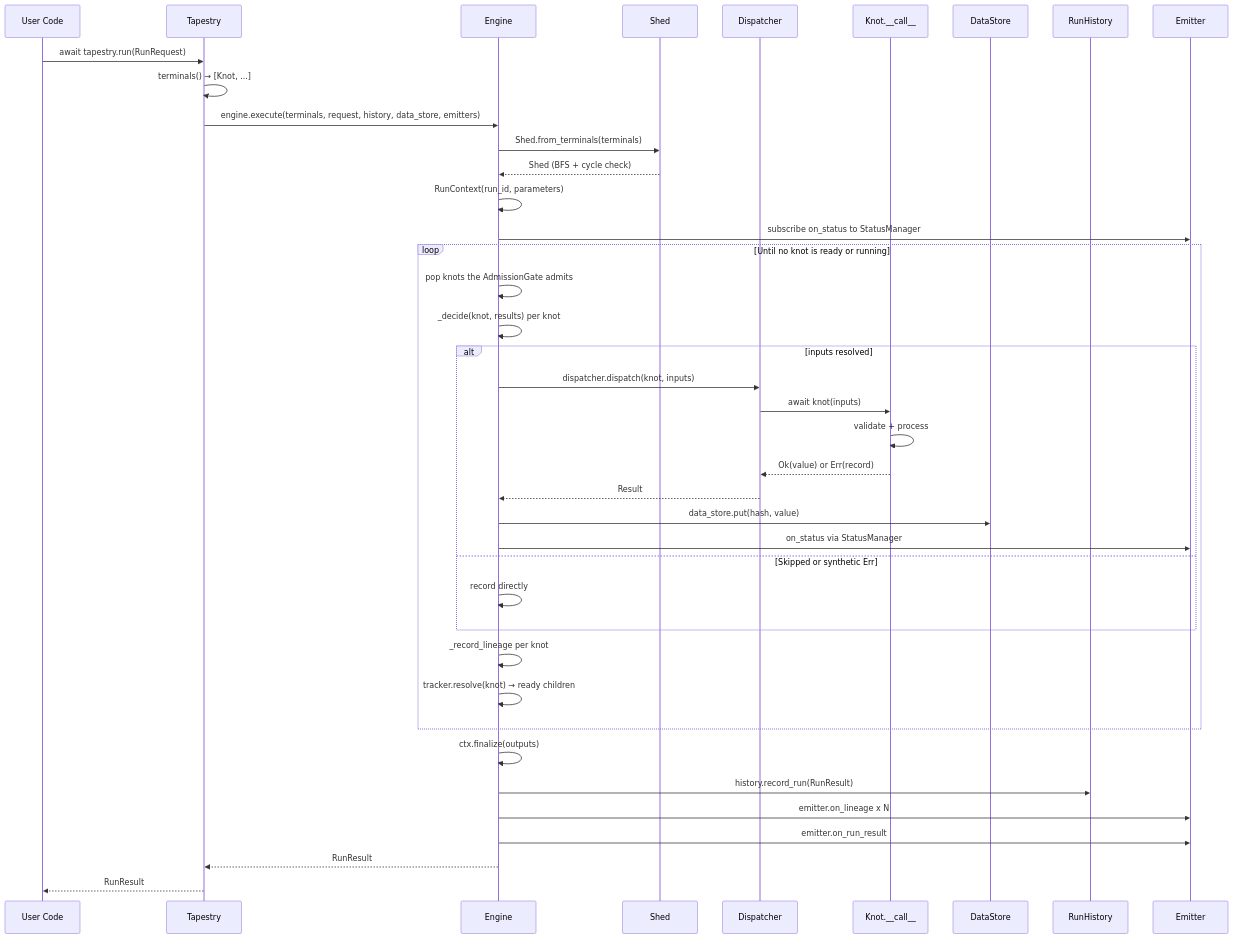
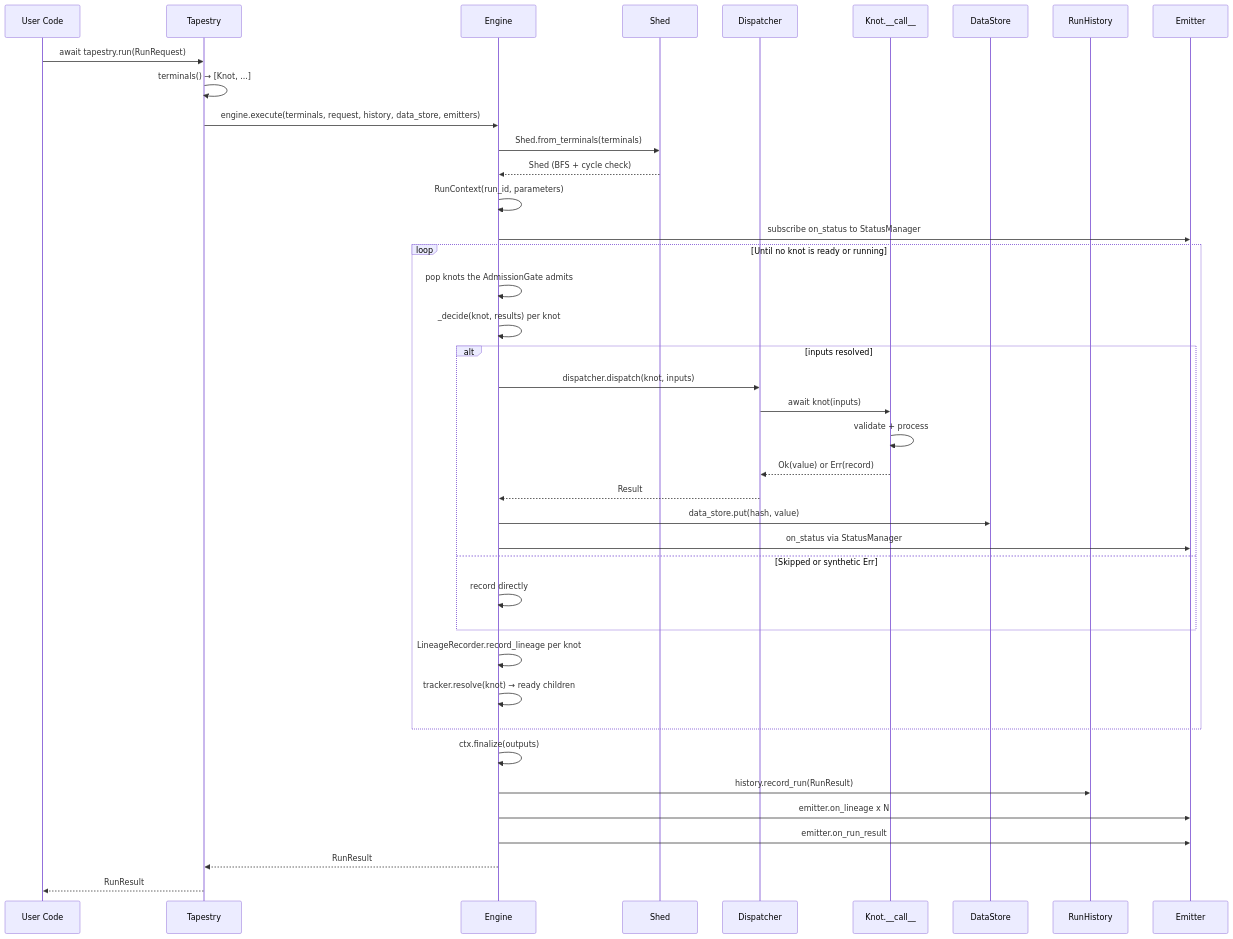
Before and after one commit to snoodleboot-io/pirn: the first of 2 diagrams in docs/architecture/execution-model.md, drawn with Mermaid. The commit also changed other lines of this file and 8 other files, not shown here.

First line of the commit message:
refactor(core): extract LineageRecorder and EmitterFanout from Engine (PIR-856)

````diff
--- a/docs/architecture/execution-model.md
+++ b/docs/architecture/execution-model.md
@@ -193,45 +193,45 @@
 ```mermaid
 sequenceDiagram
     participant U as User Code
     participant T as Tapestry
     participant E as Engine
     participant S as Shed
     participant D as Dispatcher
     participant K as Knot.__call__
     participant DS as DataStore
     participant H as RunHistory
     participant EM as Emitter
 
     U->>T: await tapestry.run(RunRequest)
     T->>T: terminals() → [Knot, ...]
     T->>E: engine.execute(terminals, request, history, data_store, emitters)
     E->>S: Shed.from_terminals(terminals)
     S-->>E: Shed (BFS + cycle check)
     E->>E: RunContext(run_id, parameters)
     E->>EM: subscribe on_status to StatusManager
 
     loop Until no knot is ready or running
         E->>E: pop knots the AdmissionGate admits
         E->>E: _decide(knot, results) per knot
         alt inputs resolved
             E->>D: dispatcher.dispatch(knot, inputs)
             D->>K: await knot(inputs)
             K->>K: validate + process
             K-->>D: Ok(value) or Err(record)
             D-->>E: Result
             E->>DS: data_store.put(hash, value)
             E->>EM: on_status via StatusManager
         else Skipped or synthetic Err
             E->>E: record directly
         end
-        E->>E: _record_lineage per knot
+        E->>E: LineageRecorder.record_lineage per knot
         E->>E: tracker.resolve(knot) → ready children
     end
 
     E->>E: ctx.finalize(outputs)
     E->>H: history.record_run(RunResult)
     E->>EM: emitter.on_lineage x N
     E->>EM: emitter.on_run_result
     E-->>T: RunResult
     T-->>U: RunResult
 ```
````
